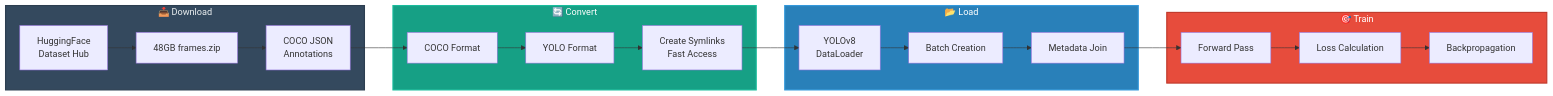
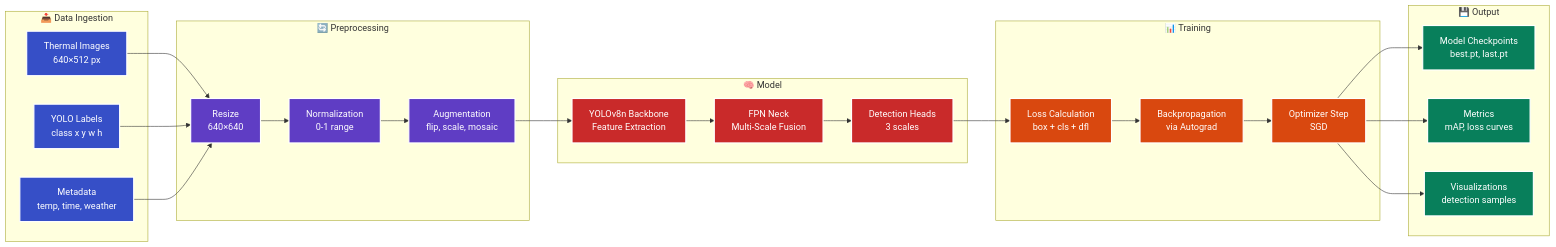
One commit to hkevin01/robust-thermal-image-object-detection changed the third of 4 diagrams in README.md. Above: the diagram before and after it, drawn with Mermaid. The commit also changed other lines of this file and 43 other files, not shown here.

First line of the commit message:
feat(monitoring): Add comprehensive GPU monitoring and training metrics extraction scripts

````diff
--- a/README.md
+++ b/README.md
@@ -151,43 +300,63 @@
 ```mermaid
-flowchart LR
-    subgraph Download["📥 Download"]
-        D1[HuggingFace<br/>Dataset Hub]
-        D2[48GB frames.zip]
-        D3[COCO JSON<br/>Annotations]
+graph LR
+    subgraph "📥 Data Ingestion"
+        A1[Thermal Images<br/>640×512 px]
+        A2[YOLO Labels<br/>class x y w h]
+        A3[Metadata<br/>temp, time, weather]
     end
     
-    subgraph Convert["🔄 Convert"]
-        C1[COCO Format]
-        C2[YOLO Format]
-        C3[Create Symlinks<br/>Fast Access]
+    subgraph "🔄 Preprocessing"
+        B1[Resize<br/>640×640]
+        B2[Normalization<br/>0-1 range]
+        B3[Augmentation<br/>flip, scale, mosaic]
     end
     
-    subgraph Load["📂 Load"]
-        L1[YOLOv8<br/>DataLoader]
-        L2[Batch Creation]
-        L3[Metadata Join]
+    subgraph "🧠 Model"
+        C1[YOLOv8n Backbone<br/>Feature Extraction]
+        C2[FPN Neck<br/>Multi-Scale Fusion]
+        C3[Detection Heads<br/>3 scales]
     end
     
-    subgraph Train["🎯 Train"]
-        TR1[Forward Pass]
-        TR2[Loss Calculation]
-        TR3[Backpropagation]
+    subgraph "📊 Training"
+        D1[Loss Calculation<br/>box + cls + dfl]
+        D2[Backpropagation<br/>via Autograd]
+        D3[Optimizer Step<br/>SGD]
     end
     
+    subgraph "💾 Output"
+        E1[Model Checkpoints<br/>best.pt, last.pt]
+        E2[Metrics<br/>mAP, loss curves]
+        E3[Visualizations<br/>detection samples]
+    end
+    
+    A1 --> B1
+    A2 --> B1
+    A3 --> B1
+    B1 --> B2
+    B2 --> B3
+    B3 --> C1
+    C1 --> C2
+    C2 --> C3
+    C3 --> D1
     D1 --> D2
     D2 --> D3
-    D3 --> C1
-    C1 --> C2
-    C2 --> C3
-    C3 --> L1
-    L1 --> L2
-    L2 --> L3
-    L3 --> TR1
-    TR1 --> TR2
-    TR2 --> TR3
+    D3 --> E1
+    D3 --> E2
+    D3 --> E3
     
-    style Download fill:#34495E,stroke:#2C3E50,stroke-width:2px,color:#ECF0F1
-    style Convert fill:#16A085,stroke:#1ABC9C,stroke-width:2px,color:#FFF
-    style Load fill:#2980B9,stroke:#3498DB,stroke-width:2px,color:#FFF
-    style Train fill:#E74C3C,stroke:#C0392B,stroke-width:2px,color:#FFF
+    style A1 fill:#364fc7,stroke:#fff,stroke-width:2px,color:#fff
+    style A2 fill:#364fc7,stroke:#fff,stroke-width:2px,color:#fff
+    style A3 fill:#364fc7,stroke:#fff,stroke-width:2px,color:#fff
+    style B1 fill:#5f3dc4,stroke:#fff,stroke-width:2px,color:#fff
+    style B2 fill:#5f3dc4,stroke:#fff,stroke-width:2px,color:#fff
+    style B3 fill:#5f3dc4,stroke:#fff,stroke-width:2px,color:#fff
+    style C1 fill:#c92a2a,stroke:#fff,stroke-width:2px,color:#fff
+    style C2 fill:#c92a2a,stroke:#fff,stroke-width:2px,color:#fff
+    style C3 fill:#c92a2a,stroke:#fff,stroke-width:2px,color:#fff
+    style D1 fill:#d9480f,stroke:#fff,stroke-width:2px,color:#fff
+    style D2 fill:#d9480f,stroke:#fff,stroke-width:2px,color:#fff
+    style D3 fill:#d9480f,stroke:#fff,stroke-width:2px,color:#fff
+    style E1 fill:#087f5b,stroke:#fff,stroke-width:2px,color:#fff
+    style E2 fill:#087f5b,stroke:#fff,stroke-width:2px,color:#fff
+    style E3 fill:#087f5b,stroke:#fff,stroke-width:2px,color:#fff
 ```
````
